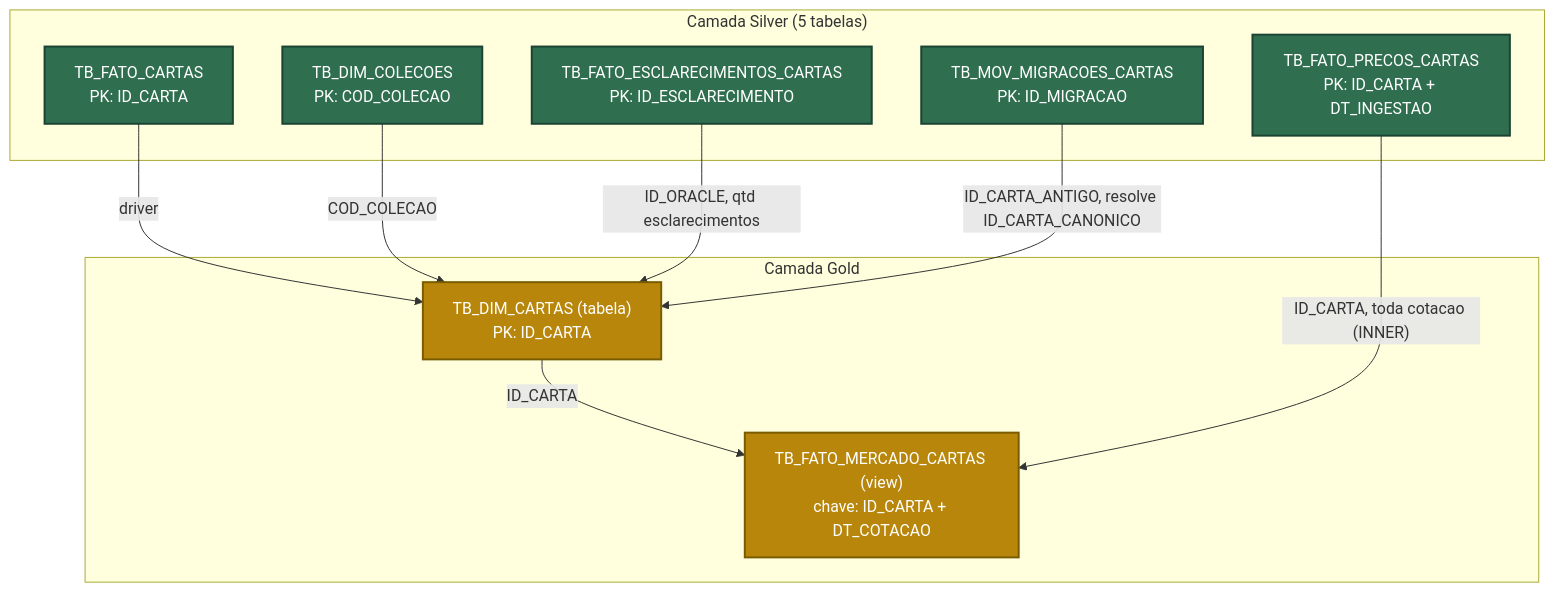
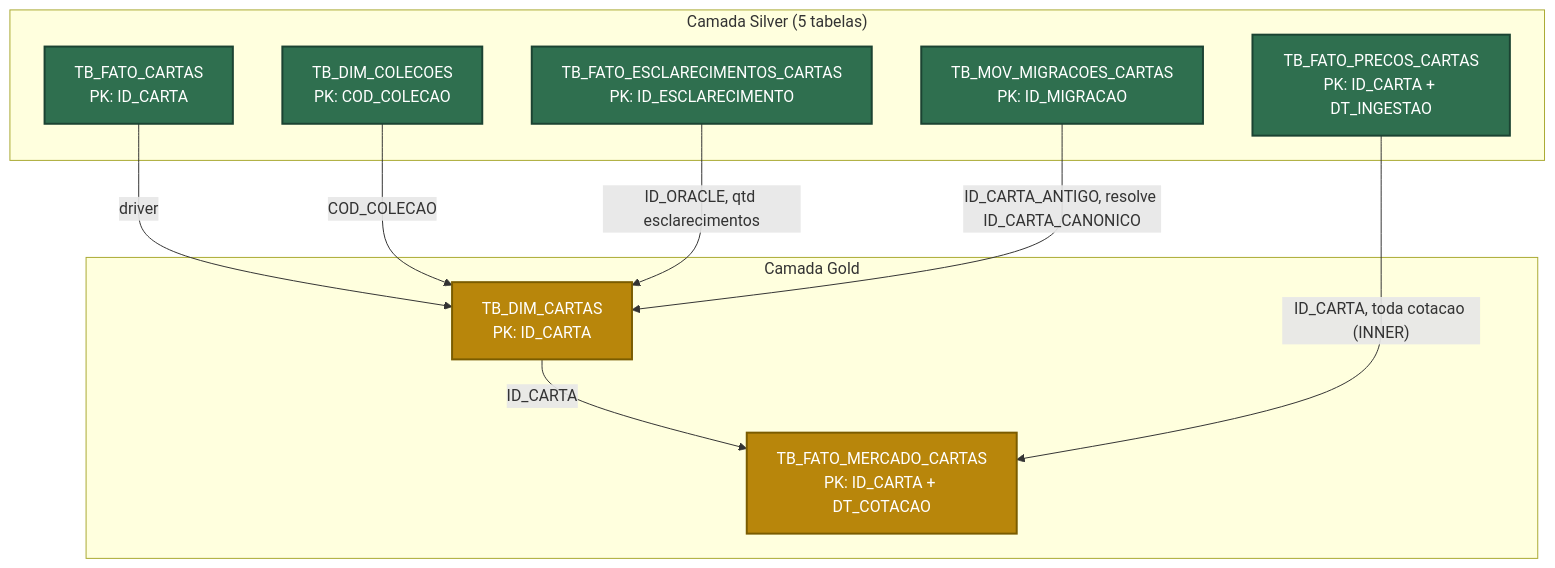
One commit to scudellerlemos/pipeline-databricks-mtg-dev changed the diagram in src/04 - Gold/Readme.md. Above: the diagram before and after it, drawn with Mermaid. The commit also changed other lines of this file and 7 other files, not shown here.

Commit message:
Gold materializada com overwrite em vez de view

````diff
--- a/src/04 - Gold/Readme.md
+++ b/src/04 - Gold/Readme.md
@@ -14,28 +14,28 @@
 ```mermaid
 graph TD
     subgraph SILVER["Camada Silver (5 tabelas)"]
         FATO_CARTAS["TB_FATO_CARTAS<br/>PK: ID_CARTA"]
         DIM_COLECOES["TB_DIM_COLECOES<br/>PK: COD_COLECAO"]
         FATO_PRECOS["TB_FATO_PRECOS_CARTAS<br/>PK: ID_CARTA + DT_INGESTAO"]
         FATO_ESCLARECIMENTOS["TB_FATO_ESCLARECIMENTOS_CARTAS<br/>PK: ID_ESCLARECIMENTO"]
         MOV_MIGRACOES["TB_MOV_MIGRACOES_CARTAS<br/>PK: ID_MIGRACAO"]
     end
 
     subgraph GOLD["Camada Gold"]
-        GOLD_DIM["TB_DIM_CARTAS (tabela)<br/>PK: ID_CARTA"]
-        GOLD_MERCADO["TB_FATO_MERCADO_CARTAS (view)<br/>chave: ID_CARTA + DT_COTACAO"]
+        GOLD_DIM["TB_DIM_CARTAS<br/>PK: ID_CARTA"]
+        GOLD_MERCADO["TB_FATO_MERCADO_CARTAS<br/>PK: ID_CARTA + DT_COTACAO"]
     end
 
     FATO_CARTAS -->|"driver"| GOLD_DIM
     DIM_COLECOES -->|"COD_COLECAO"| GOLD_DIM
     FATO_ESCLARECIMENTOS -->|"ID_ORACLE, qtd esclarecimentos"| GOLD_DIM
     MOV_MIGRACOES -->|"ID_CARTA_ANTIGO, resolve ID_CARTA_CANONICO"| GOLD_DIM
     GOLD_DIM -->|"ID_CARTA"| GOLD_MERCADO
     FATO_PRECOS -->|"ID_CARTA, toda cotacao (INNER)"| GOLD_MERCADO
 
     classDef used fill:#2f6f4f,stroke:#1b4332,color:#ffffff,stroke-width:2px;
     classDef gold fill:#b8860b,stroke:#7a5c00,color:#ffffff,stroke-width:2px;
 
     class FATO_CARTAS,DIM_COLECOES,FATO_PRECOS,FATO_ESCLARECIMENTOS,MOV_MIGRACOES used;
     class GOLD_DIM,GOLD_MERCADO gold;
 ```
````
